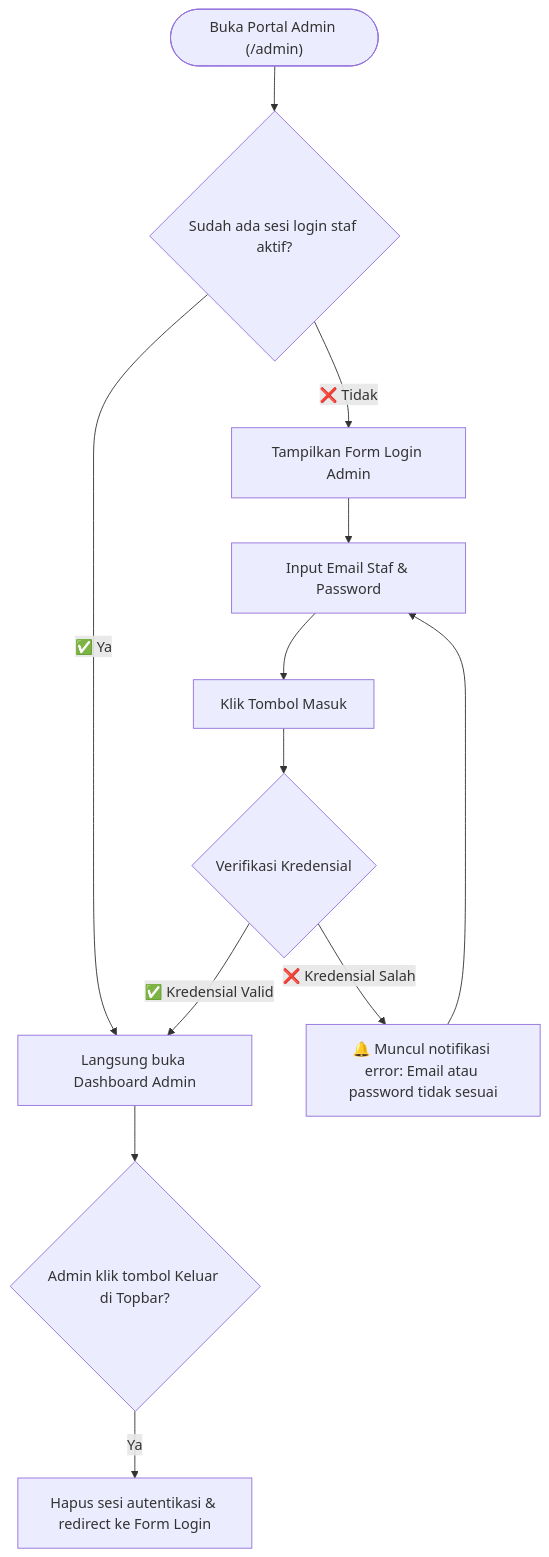
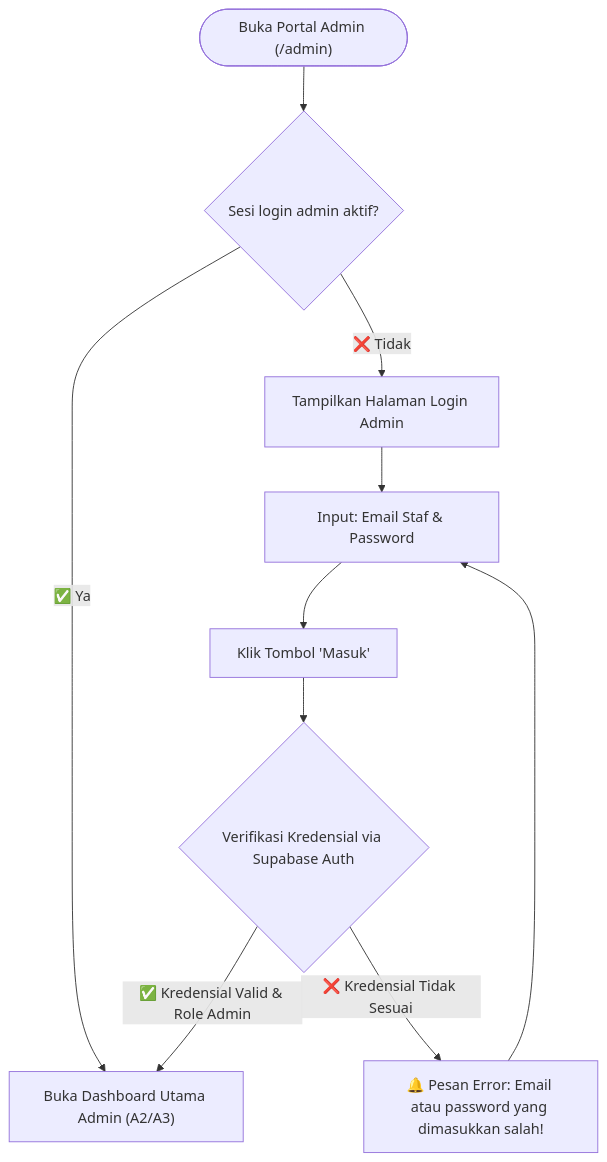
The fifth of 13 diagrams in UI_FLOW.md (septianof/up-speaking), drawn with Mermaid before and after one commit. The commit also changed other lines of this file and 3 other files, not shown here.

Commit message:
docs: perbarui prd, ui flow, task breakdown, dan agents sesuai arsitektur baru

````diff
--- a/UI_FLOW.md
+++ b/UI_FLOW.md
@@ -216,17 +213,14 @@
 ```mermaid
 flowchart TD
-    A(["Buka Portal Admin (/admin)"]) --> B{"Sudah ada sesi login staf aktif?"}
-    B -->|✅ Ya| C["Langsung buka Dashboard Admin"]
-    B -->|❌ Tidak| D["Tampilkan Form Login Admin"]
+    A(["Buka Portal Admin (/admin)"]) --> B{"Sesi login admin aktif?"}
+    B -->|✅ Ya| C["Buka Dashboard Utama Admin (A2/A3)"]
+    B -->|❌ Tidak| D["Tampilkan Halaman Login Admin"]
 
-    D --> E["Input Email Staf & Password"]
-    E --> F["Klik Tombol Masuk"]
+    D --> E["Input: Email Staf & Password"]
+    E --> F["Klik Tombol 'Masuk'"]
 
-    F --> G{"Verifikasi Kredensial"}
-    G -->|❌ Kredensial Salah| H["🔔 Muncul notifikasi error: Email atau password tidak sesuai"]
+    F --> G{"Verifikasi Kredensial via Supabase Auth"}
+    G -->|❌ Kredensial Tidak Sesuai| H["🔔 Pesan Error: Email atau password yang dimasukkan salah!"]
     H --> E
-    G -->|✅ Kredensial Valid| C
-
-    C --> I{"Admin klik tombol Keluar di Topbar?"}
-    I -->|Ya| J["Hapus sesi autentikasi & redirect ke Form Login"]
+    G -->|✅ Kredensial Valid & Role Admin| C
 ```
````
